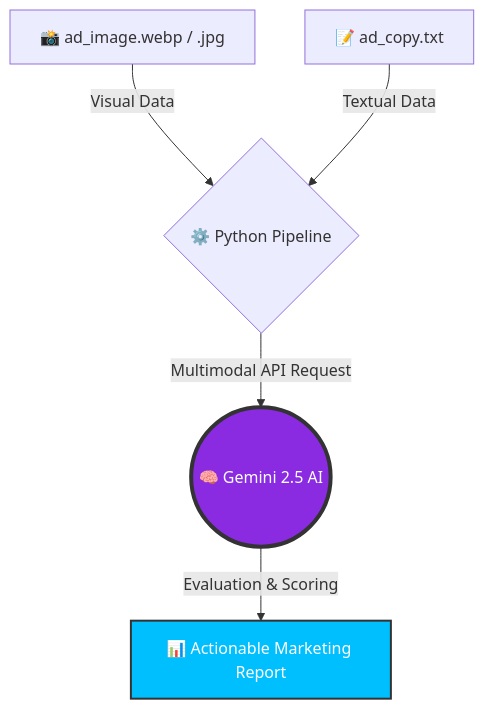
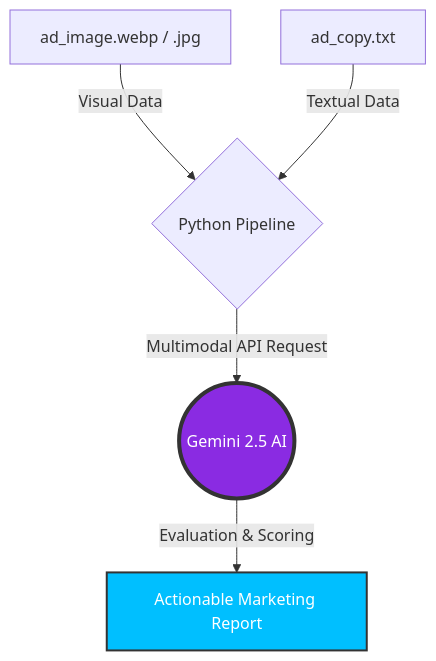
The diagram in README.md (sandrogDev/Multimodal-Meta-Ads-Analyzer), drawn with Mermaid before and after one commit. The commit also changed other lines of this file, not shown here.

````diff
--- a/README.md
+++ b/README.md
@@ -11,10 +11,10 @@
 ```mermaid
 graph TD
-    A[📸 ad_image.webp / .jpg] -->|Visual Data| C{⚙️ Python Pipeline}
-    B[📝 ad_copy.txt] -->|Textual Data| C
-    C -->|Multimodal API Request| D((🧠 Gemini 2.5 AI))
-    D -->|Evaluation & Scoring| E[📊 Actionable Marketing Report]
+    A[ ad_image.webp / .jpg] -->|Visual Data| C{ Python Pipeline}
+    B[ ad_copy.txt] -->|Textual Data| C
+    C -->|Multimodal API Request| D(( Gemini 2.5 AI))
+    D -->|Evaluation & Scoring| E[ Actionable Marketing Report]
     
     style D fill:#8a2be2,stroke:#333,stroke-width:4px,color:#fff
     style E fill:#00bfff,stroke:#333,stroke-width:2px,color:#fff
 ```
````
